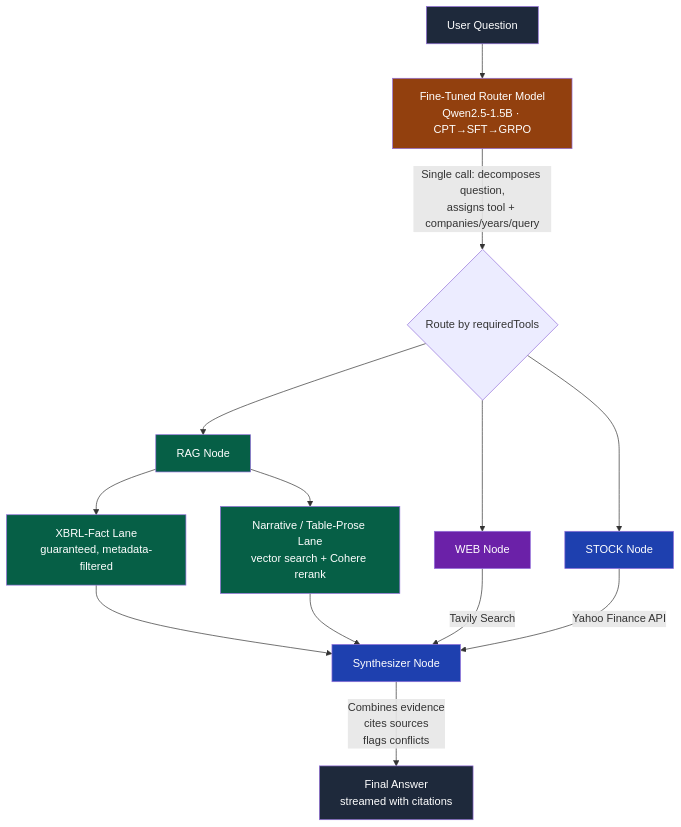
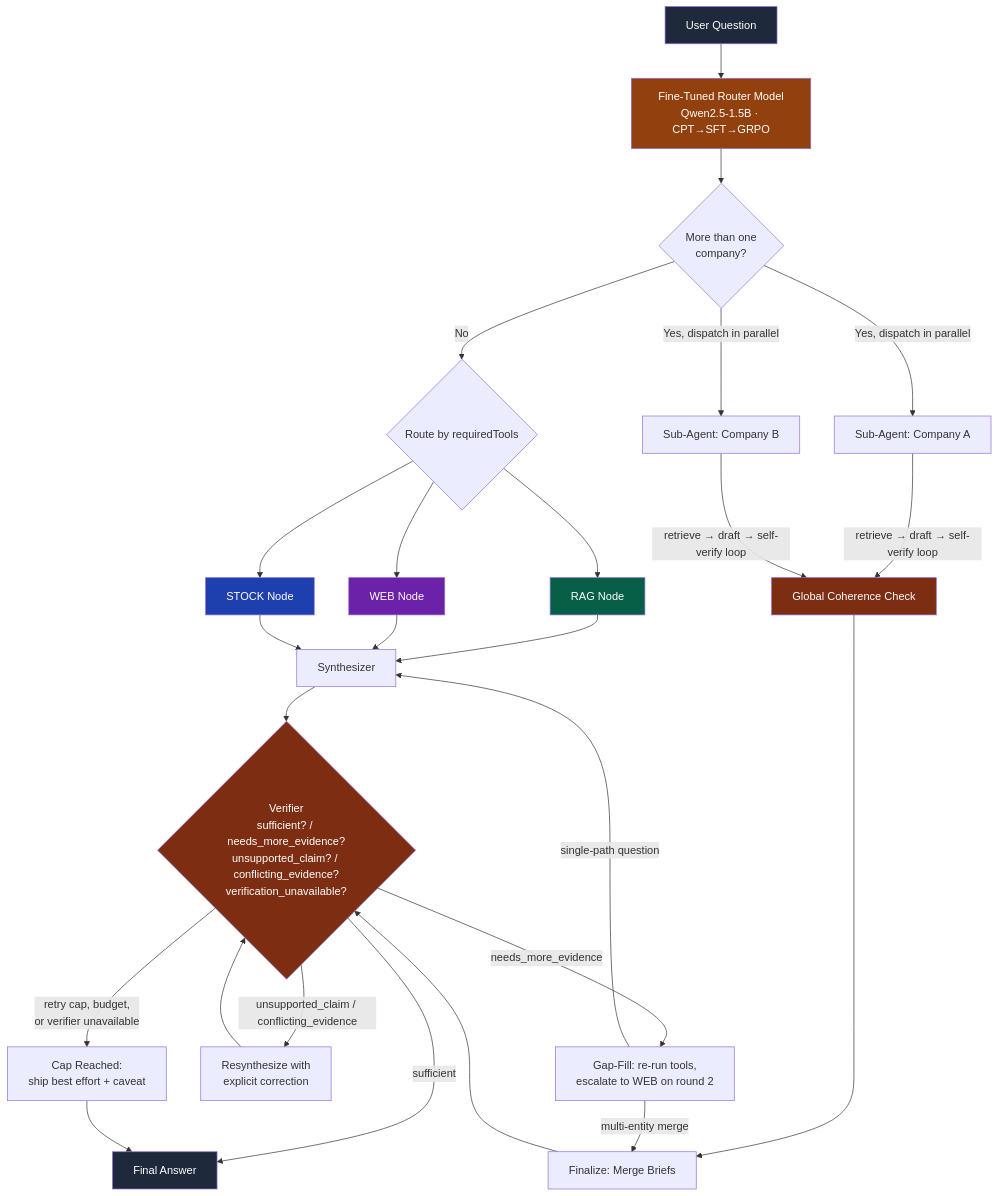
Before and after one commit to IbrahimKhan7208/investment-research-bot: the diagram in README.md, drawn with Mermaid. The commit also changed other lines of this file and 16 other files, not shown here.

Commit message:
New version with Agentic and Self-Correcting Verifier Harness

````diff
--- a/README.md
+++ b/README.md
@@ -44,28 +50,38 @@
 ```mermaid
 flowchart TD
     A[User Question] --> B[Fine-Tuned Router Model<br/>Qwen2.5-1.5B · CPT→SFT→GRPO]
-    B -->|Single call: decomposes question,<br/>assigns tool + companies/years/query| C{Route by requiredTools}
+    B --> C{More than one<br/>company?}
 
-    C --> D[RAG Node]
-    C --> E[WEB Node]
-    C --> F[STOCK Node]
+    C -->|No| D{Route by requiredTools}
+    D --> D1[RAG Node]
+    D --> D2[WEB Node]
+    D --> D3[STOCK Node]
+    D1 & D2 & D3 --> E[Synthesizer]
+    E --> V
 
-    D --> D1[XBRL-Fact Lane<br/>guaranteed, metadata-filtered]
-    D --> D2[Narrative / Table-Prose Lane<br/>vector search + Cohere rerank]
-    D1 --> G[Synthesizer Node]
-    D2 --> G
-    E -->|Tavily Search| G
-    F -->|Yahoo Finance API| G
+    C -->|Yes, dispatch in parallel| SA1[Sub-Agent: Company A]
+    C -->|Yes, dispatch in parallel| SA2[Sub-Agent: Company B]
+    SA1 -->|retrieve → draft → self-verify loop| GC[Global Coherence Check]
+    SA2 -->|retrieve → draft → self-verify loop| GC
+    GC --> FM[Finalize: Merge Briefs]
+    FM --> V
 
-    G -->|Combines evidence<br/>cites sources<br/>flags conflicts| H[Final Answer<br/>streamed with citations]
+    V{Verifier<br/>sufficient? / needs_more_evidence?<br/>unsupported_claim? / conflicting_evidence?<br/>verification_unavailable?}
+    V -->|sufficient| Z[Final Answer]
+    V -->|needs_more_evidence| GF[Gap-Fill: re-run tools,<br/>escalate to WEB on round 2]
+    V -->|unsupported_claim / conflicting_evidence| RS[Resynthesize with<br/>explicit correction]
+    V -->|retry cap, budget,<br/>or verifier unavailable| CR[Cap Reached:<br/>ship best effort + caveat]
+    GF -->|single-path question| E
+    GF -->|multi-entity merge| FM
+    RS --> V
+    CR --> Z
 
     style A fill:#1e293b,color:#fff
     style B fill:#92400e,color:#fff
-    style D fill:#065f46,color:#fff
+    style V fill:#7c2d12,color:#fff
+    style GC fill:#7c2d12,color:#fff
     style D1 fill:#065f46,color:#fff
-    style D2 fill:#065f46,color:#fff
-    style E fill:#6b21a8,color:#fff
-    style F fill:#1e40af,color:#fff
-    style G fill:#1e40af,color:#fff
-    style H fill:#1e293b,color:#fff
+    style D2 fill:#6b21a8,color:#fff
+    style D3 fill:#1e40af,color:#fff
+    style Z fill:#1e293b,color:#fff
 ```
````
